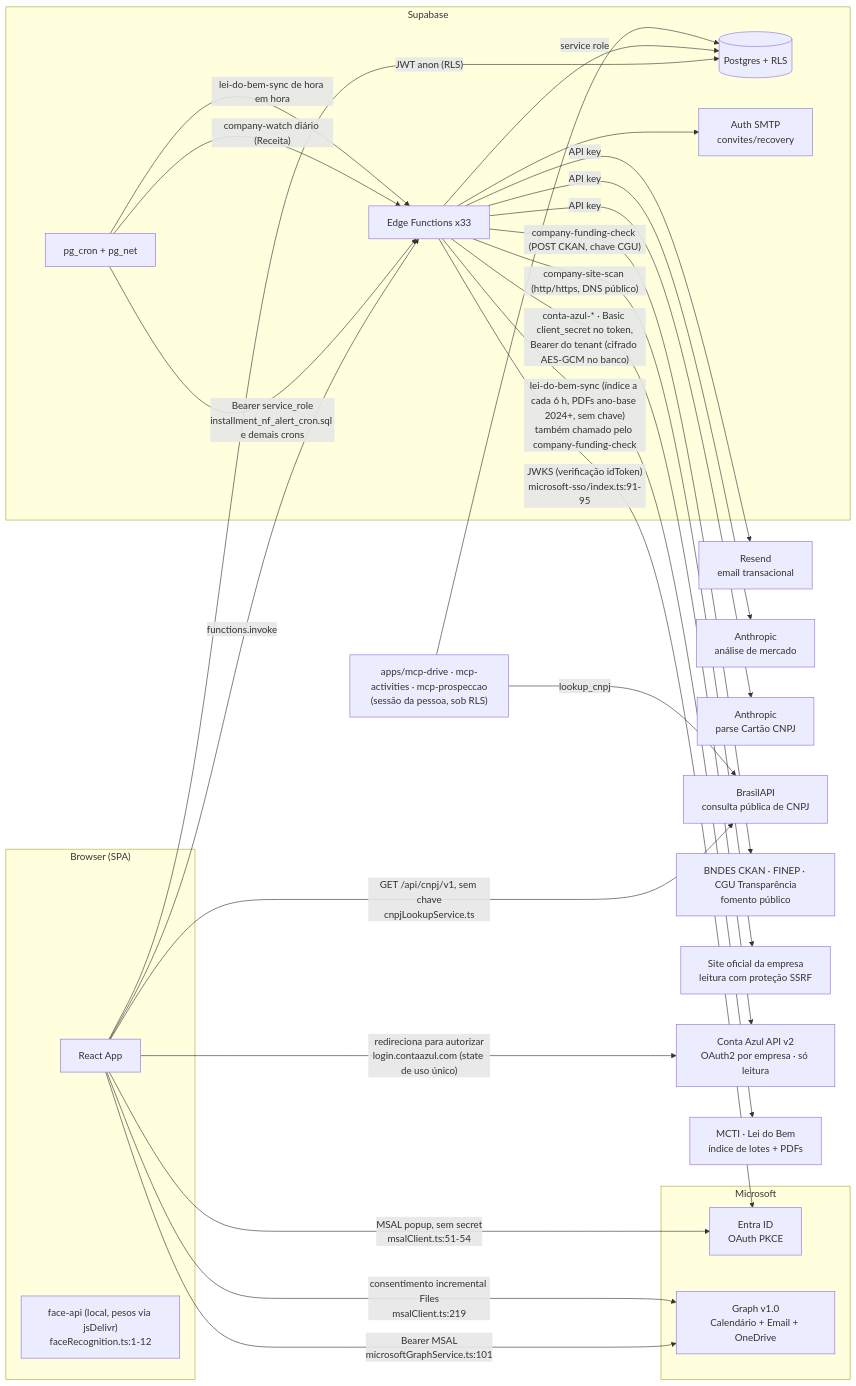
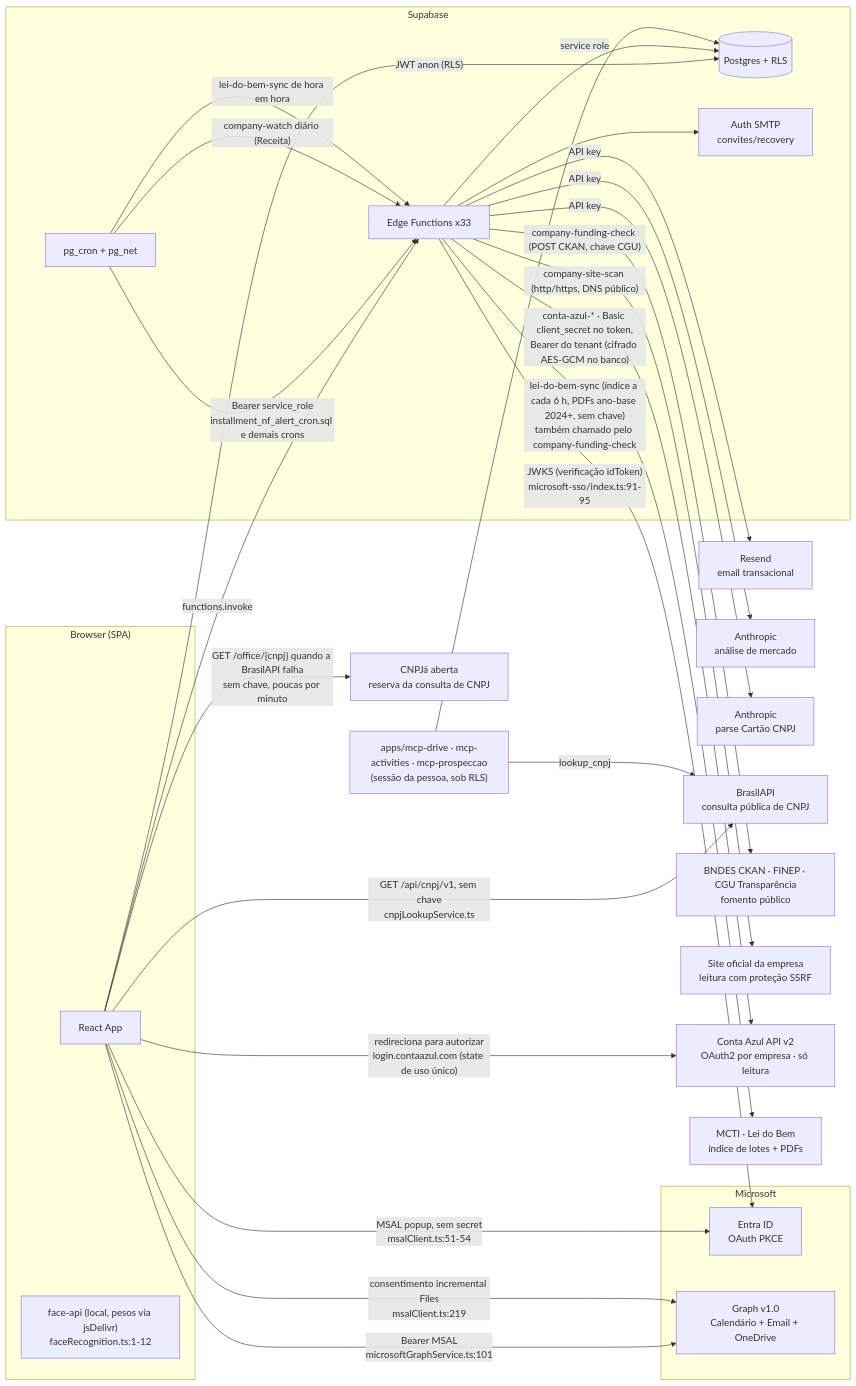
Before and after one commit to Origami-Lab-Organization/og-pulse: the diagram in .harness/docs/architecture/integrations.md, drawn with Mermaid. The commit also changed other lines of this file and 9 other files, not shown here.

````diff
--- a/.harness/docs/architecture/integrations.md
+++ b/.harness/docs/architecture/integrations.md
@@ -42,51 +44,53 @@
 ```mermaid
 flowchart LR
     subgraph Browser["Browser (SPA)"]
         SPA[React App]
         FACE["face-api (local, pesos via jsDelivr)<br/>faceRecognition.ts:1-12"]
     end
 
     subgraph Supabase
         REST[(Postgres + RLS)]
         EF[Edge Functions x33]
         CRON[pg_cron + pg_net]
         SMTP[Auth SMTP<br/>convites/recovery]
     end
 
     subgraph Microsoft
         ENTRA[Entra ID<br/>OAuth PKCE]
         GRAPH[Graph v1.0<br/>Calendário + Email + OneDrive]
     end
 
     EXT1[Resend<br/>email transacional]
     EXT2[Anthropic<br/>análise de mercado]
     EXT3[Anthropic<br/>parse Cartão CNPJ]
     EXT4[BrasilAPI<br/>consulta pública de CNPJ]
+    EXT9[CNPJá aberta<br/>reserva da consulta de CNPJ]
     EXT5[BNDES CKAN · FINEP · CGU Transparência<br/>fomento público]
     EXT6[Site oficial da empresa<br/>leitura com proteção SSRF]
     EXT7[Conta Azul API v2<br/>OAuth2 por empresa · só leitura]
     EXT8[MCTI · Lei do Bem<br/>índice de lotes + PDFs]
 
     SPA -->|"JWT anon (RLS)"| REST
     SPA -->|functions.invoke| EF
     SPA -->|"MSAL popup, sem secret<br/>msalClient.ts:51-54"| ENTRA
     SPA -->|"Bearer MSAL<br/>microsoftGraphService.ts:101"| GRAPH
     SPA -->|"consentimento incremental Files<br/>msalClient.ts:219"| GRAPH
     CRON -->|"Bearer service_role<br/>installment_nf_alert_cron.sql e demais crons"| EF
     EF -->|service role| REST
     EF -->|"JWKS (verificação idToken)<br/>microsoft-sso/index.ts:91-95"| ENTRA
     EF -->|API key| EXT1
     EF -->|API key| EXT2
     EF -->|API key| EXT3
     EF --> SMTP
     EF -->|"company-funding-check (POST CKAN, chave CGU)"| EXT5
     EF -->|"company-site-scan (http/https, DNS público)"| EXT6
     SPA -->|"redireciona para autorizar<br/>login.contaazul.com (state de uso único)"| EXT7
     EF -->|"conta-azul-* · Basic client_secret no token,<br/>Bearer do tenant (cifrado AES-GCM no banco)"| EXT7
     CRON -->|"company-watch diário (Receita)"| EF
     CRON -->|"lei-do-bem-sync de hora em hora"| EF
     EF -->|"lei-do-bem-sync (índice a cada 6 h, PDFs ano-base 2024+, sem chave)<br/>também chamado pelo company-funding-check"| EXT8
     SPA -->|"GET /api/cnpj/v1, sem chave<br/>cnpjLookupService.ts"| EXT4
+    SPA -->|"GET /office/{cnpj} quando a BrasilAPI falha<br/>sem chave, poucas por minuto"| EXT9
     MCP["apps/mcp-drive · mcp-activities · mcp-prospeccao<br/>(sessão da pessoa, sob RLS)"] --> REST
     MCP -->|"lookup_cnpj"| EXT4
 ```
````
